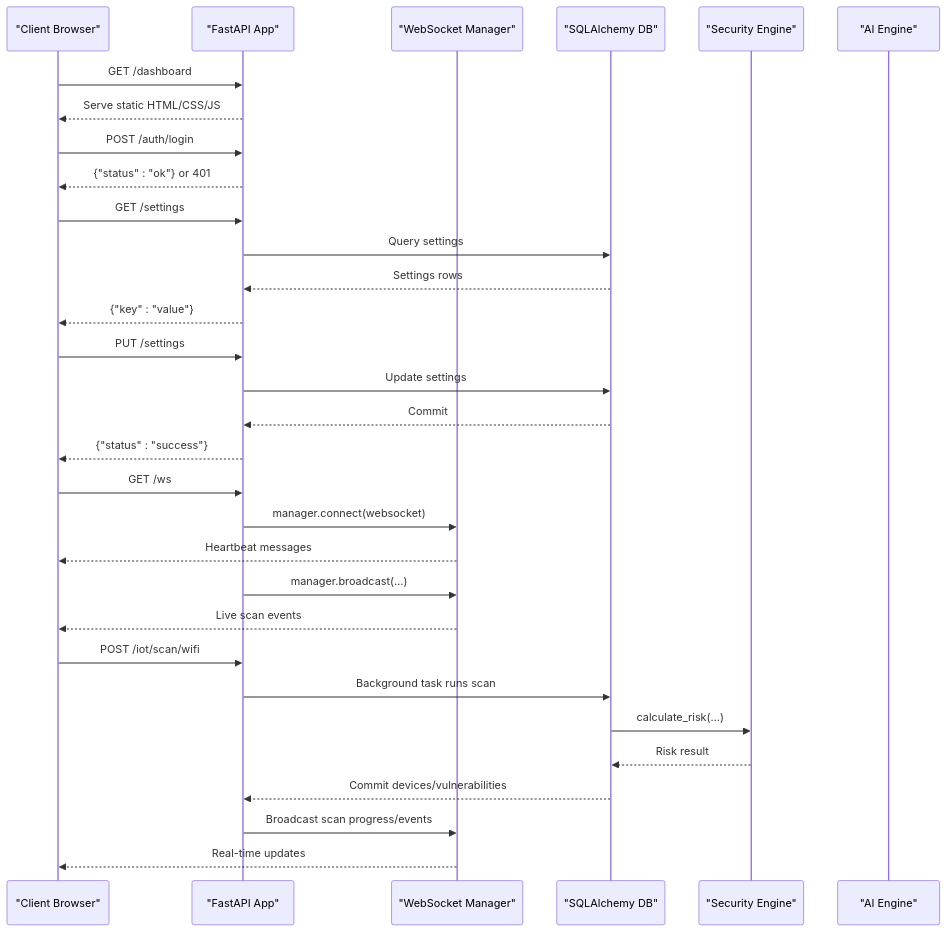
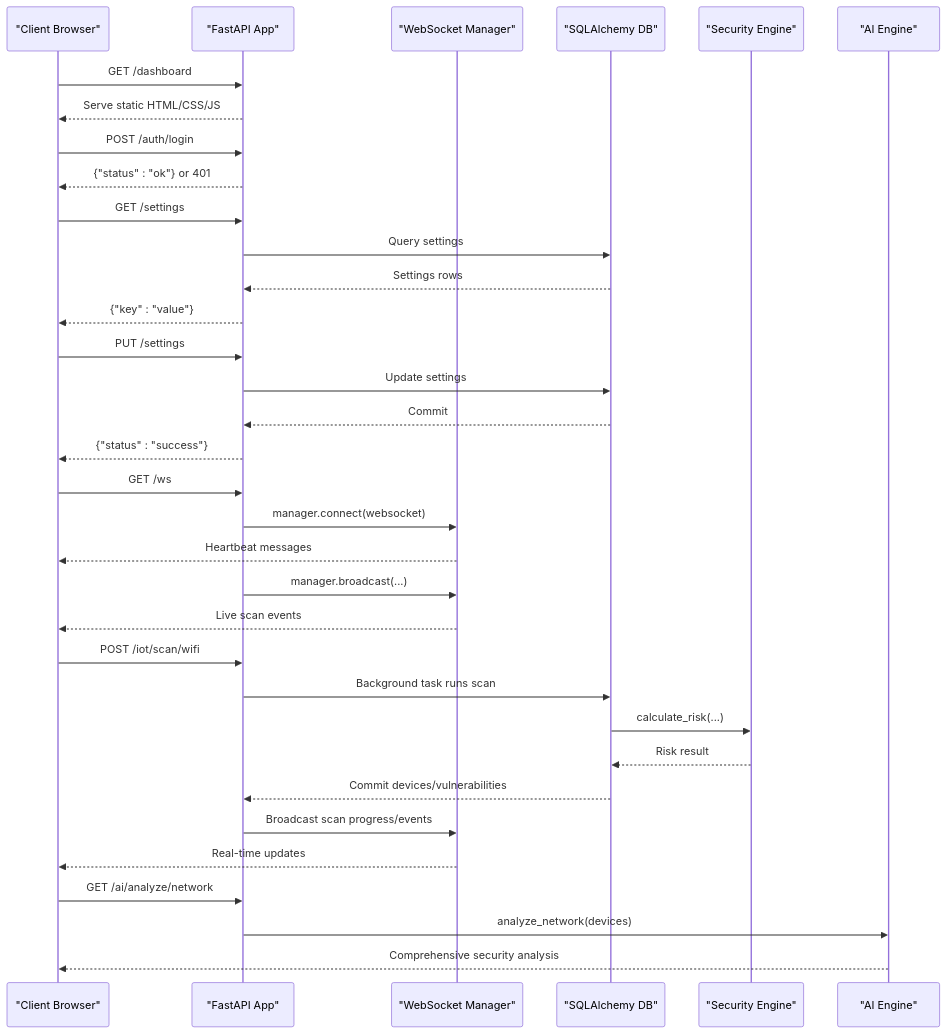
The second of 14 diagrams in .qoder/repowiki/en/content/System Architecture/Backend Architecture.md (MohandWaleed3/PentexOne), drawn with Mermaid before and after one commit. The commit also changed other lines of this file and 16 other files, not shown here.

````diff
--- a/.qoder/repowiki/en/content/System Architecture/Backend Architecture.md
+++ b/.qoder/repowiki/en/content/System Architecture/Backend Architecture.md
@@ -113,33 +125,36 @@
 ```mermaid
 sequenceDiagram
 participant Client as "Client Browser"
 participant API as "FastAPI App"
 participant WS as "WebSocket Manager"
 participant DB as "SQLAlchemy DB"
 participant Sec as "Security Engine"
 participant AI as "AI Engine"
 Client->>API : GET /dashboard
 API-->>Client : Serve static HTML/CSS/JS
 Client->>API : POST /auth/login
 API-->>Client : {"status" : "ok"} or 401
 Client->>API : GET /settings
 API->>DB : Query settings
 DB-->>API : Settings rows
 API-->>Client : {"key" : "value"}
 Client->>API : PUT /settings
 API->>DB : Update settings
 DB-->>API : Commit
 API-->>Client : {"status" : "success"}
 Client->>API : GET /ws
 API->>WS : manager.connect(websocket)
 WS-->>Client : Heartbeat messages
 API->>WS : manager.broadcast(...)
 WS-->>Client : Live scan events
 Client->>API : POST /iot/scan/wifi
 API->>DB : Background task runs scan
 DB->>Sec : calculate_risk(...)
 Sec-->>DB : Risk result
 DB-->>API : Commit devices/vulnerabilities
 API->>WS : Broadcast scan progress/events
 WS-->>Client : Real-time updates
+Client->>API : GET /ai/analyze/network
+API->>AI : analyze_network(devices)
+AI-->>Client : Comprehensive security analysis
 ```
````
